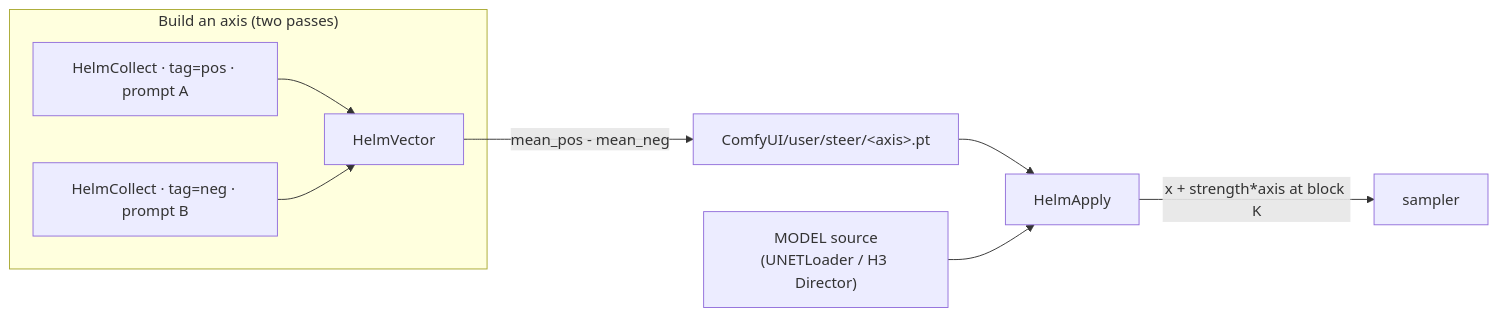
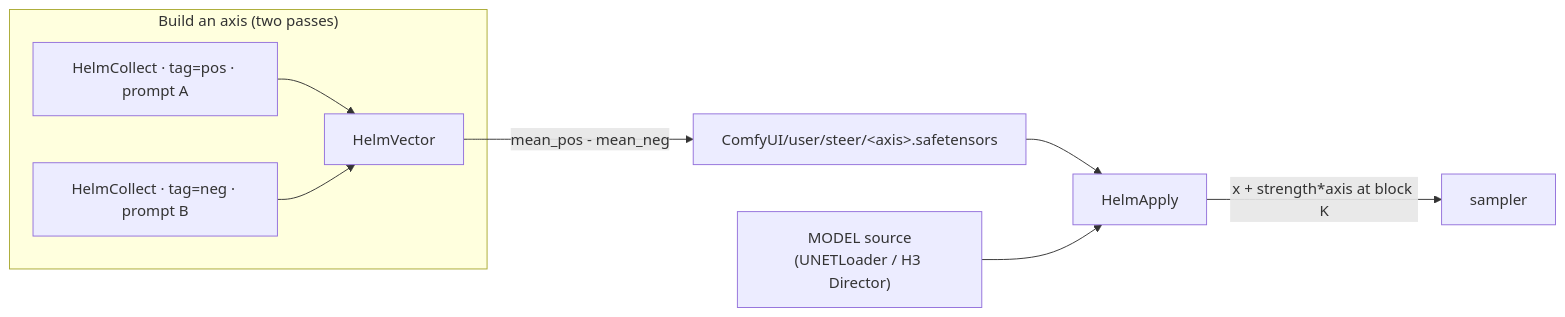
One commit to U-N-B-R-A-N-D-E-D/comfyui-helm changed the diagram in README.md. Above: the diagram before and after it, drawn with Mermaid. The commit also changed other lines of this file and 16 other files, not shown here.

````diff
--- a/README.md
+++ b/README.md
@@ -52,11 +52,11 @@
 ```mermaid
 flowchart LR
   subgraph collect["Build an axis (two passes)"]
     A["HelmCollect · tag=pos · prompt A"] --> V["HelmVector"]
     B["HelmCollect · tag=neg · prompt B"] --> V
   end
-  V -- "mean_pos - mean_neg" --> F["ComfyUI/user/steer/&lt;axis&gt;.pt"]
+  V -- "mean_pos - mean_neg" --> F["ComfyUI/user/steer/&lt;axis&gt;.safetensors"]
   F --> AP["HelmApply"]
   M["MODEL source<br/>(UNETLoader / H3 Director)"] --> AP
   AP -- "x + strength*axis at block K" --> S["sampler"]
 ```
````
